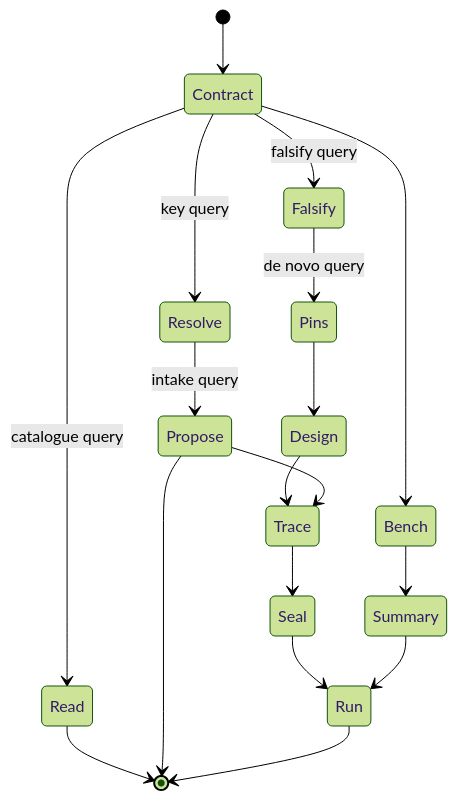
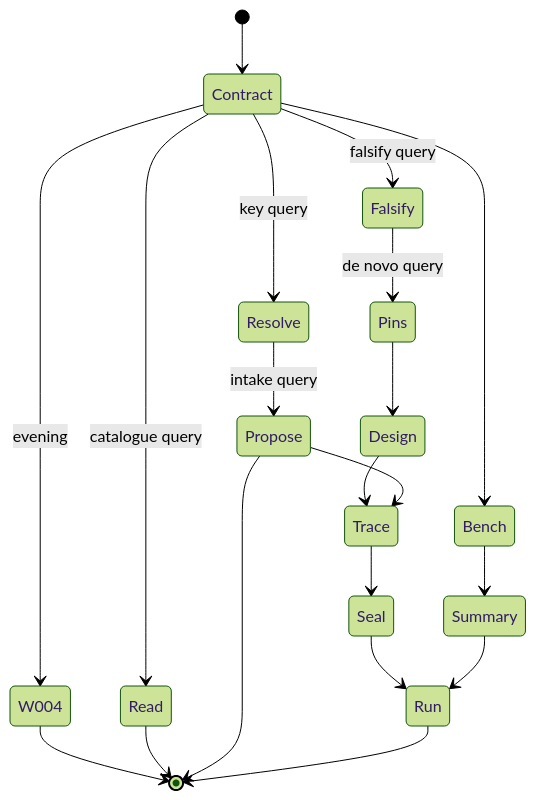
The first of 2 diagrams in docs/read-repository.md (wetware-hq/catalog), drawn with Mermaid (forest theme) before and after one commit. The commit also changed other lines of this file and 42 other files, not shown here.

````diff
--- a/docs/read-repository.md
+++ b/docs/read-repository.md
@@ -86,20 +87,22 @@
 ```mermaid { type: notebook.cell }
 stateDiagram-v2
     [*] --> Contract
     Contract --> Read: catalogue query
     Contract --> Resolve: key query
     Resolve --> Propose: intake query
     Contract --> Falsify: falsify query
     Falsify --> Pins: de novo query
     Pins --> Design
     Design --> Trace
     Propose --> Trace
     Contract --> Bench
+    Contract --> W004: evening
+    W004 --> [*]
     Trace --> Seal
     Seal --> Run
     Bench --> Summary
     Summary --> Run
     Read --> [*]
     Propose --> [*]
     Run --> [*]
 ```
````
